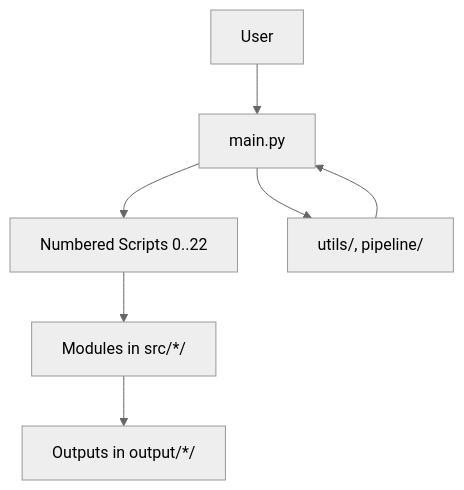
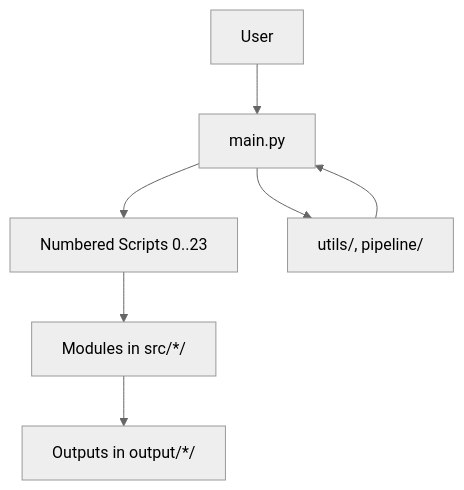
The first of 7 diagrams in ARCHITECTURE.md (ActiveInferenceInstitute/GeneralizedNotationNotation), drawn with Mermaid (neutral theme) before and after one commit. The commit also changed other lines of this file and 209 other files, not shown here.

````diff
--- a/ARCHITECTURE.md
+++ b/ARCHITECTURE.md
@@ -15,9 +15,9 @@
 ```mermaid
 graph TB
   A["User"] --> B["main.py"]
-  B --> C["Numbered Scripts 0..22"]
+  B --> C["Numbered Scripts 0..23"]
   C --> D["Modules in src/*/"]
   D --> E["Outputs in output/*/"]
   B --> F["utils/, pipeline/"]
   F --> B
 ```
````
